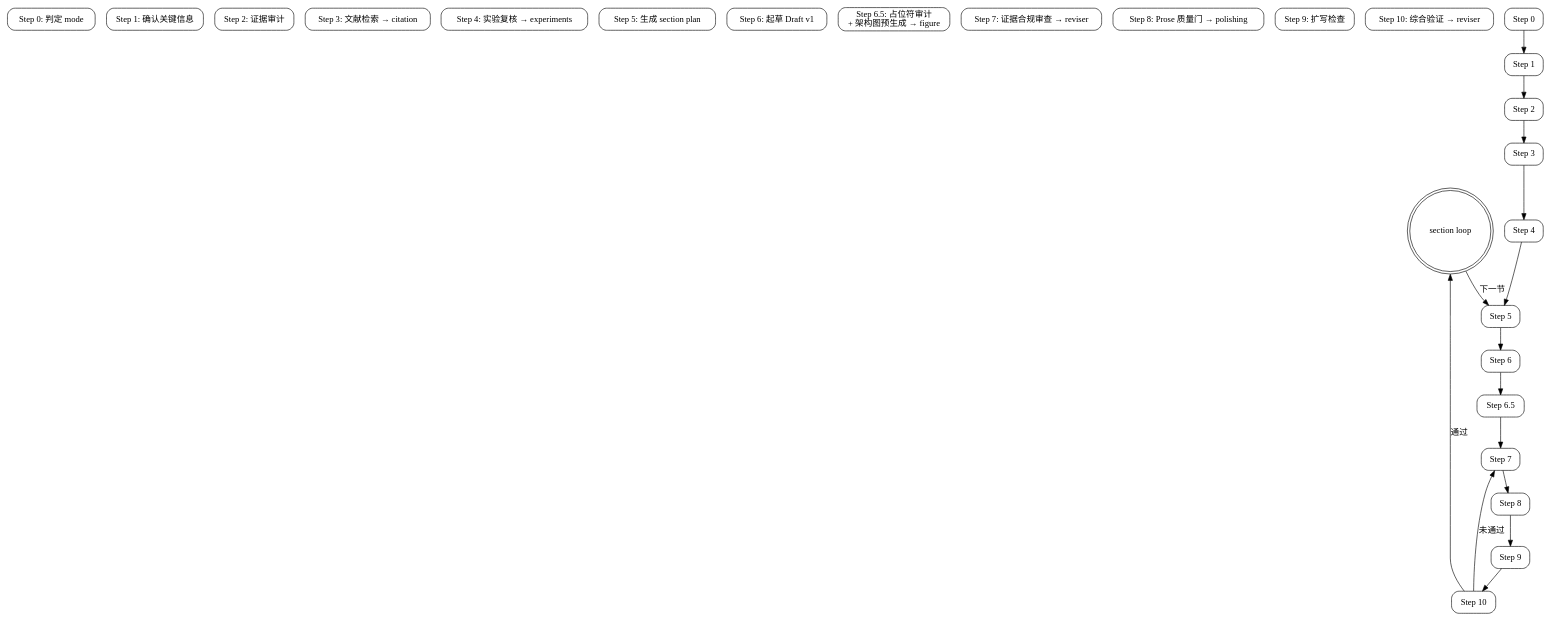
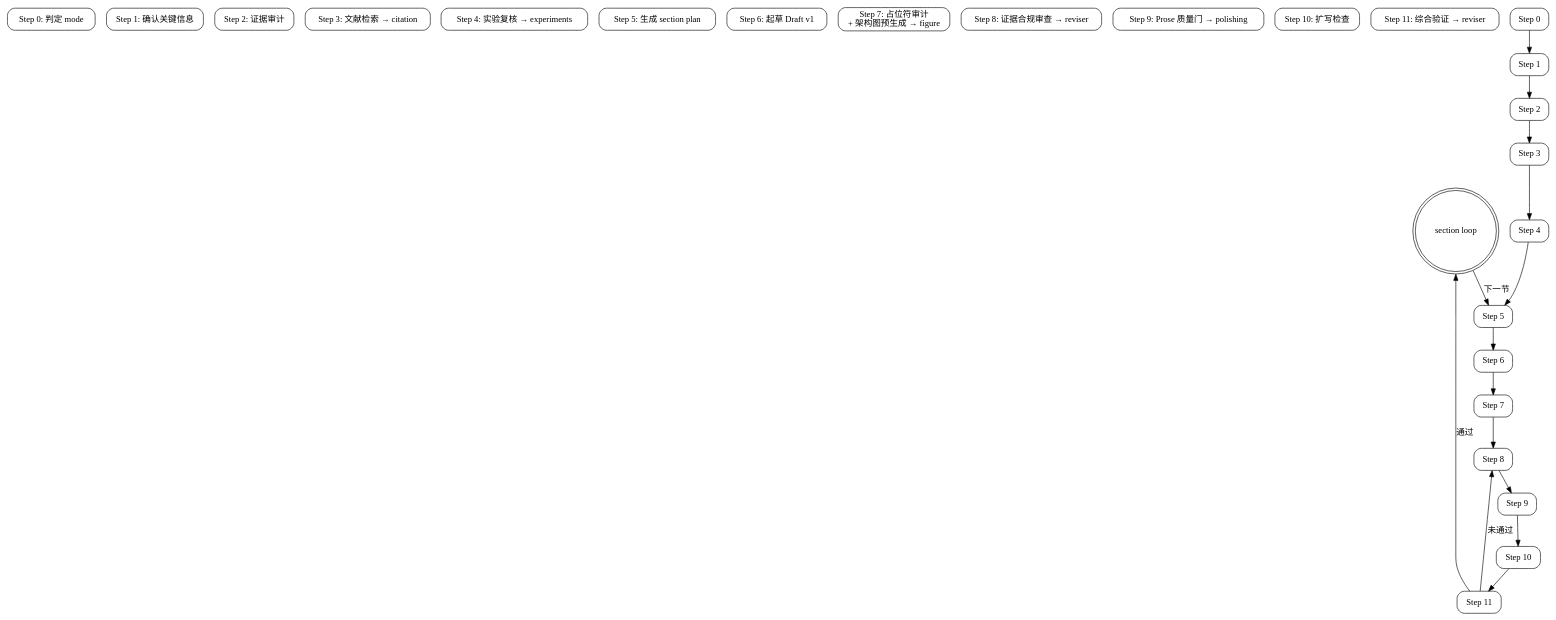
Before and after one commit to joshua-zyy/academic-paper-writer: the diagram in skills/academic-paper-writer/SKILL.md, drawn with Graphviz. The commit also changed other lines of this file and 17 other files, not shown here.

````diff
--- a/skills/academic-paper-writer/SKILL.md
+++ b/skills/academic-paper-writer/SKILL.md
@@ -47,35 +35,35 @@
 ```dot
 digraph academic_paper_writer {
     rankdir=TB;
     node [shape=box, style=rounded];
 
     "Step 0: 判定 mode" [fillcolor="#E8F0FE"];
     "Step 1: 确认关键信息" [fillcolor="#E8F0FE"];
     "Step 2: 证据审计" [fillcolor="#FFF3CD"];
     "Step 3: 文献检索 → citation" [fillcolor="#FFF3CD"];
     "Step 4: 实验复核 → experiments" [fillcolor="#FFF3CD"];
     "Step 5: 生成 section plan" [fillcolor="#E8F0FE"];
     "Step 6: 起草 Draft v1" [fillcolor="#D4EDDA"];
-    "Step 6.5: 占位符审计\n+ 架构图预生成 → figure" [fillcolor="#D4EDDA"];
-    "Step 7: 证据合规审查 → reviser" [fillcolor="#F8D7DA"];
-    "Step 8: Prose 质量门 → polishing" [fillcolor="#F8D7DA"];
-    "Step 9: 扩写检查" [fillcolor="#E8F0FE"];
-    "Step 10: 综合验证 → reviser" [fillcolor="#F8D7DA"];
+    "Step 7: 占位符审计\n+ 架构图预生成 → figure" [fillcolor="#D4EDDA"];
+    "Step 8: 证据合规审查 → reviser" [fillcolor="#F8D7DA"];
+    "Step 9: Prose 质量门 → polishing" [fillcolor="#F8D7DA"];
+    "Step 10: 扩写检查" [fillcolor="#E8F0FE"];
+    "Step 11: 综合验证 → reviser" [fillcolor="#F8D7DA"];
     "section loop" [shape=doublecircle, fillcolor="#CCE5FF"];
 
     "Step 0" -> "Step 1";
     "Step 1" -> "Step 2";
     "Step 2" -> "Step 3";
     "Step 3" -> "Step 4";
     "Step 4" -> "Step 5";
     "Step 5" -> "Step 6";
-    "Step 6" -> "Step 6.5";
-    "Step 6.5" -> "Step 7";
+    "Step 6" -> "Step 7";
     "Step 7" -> "Step 8";
     "Step 8" -> "Step 9";
     "Step 9" -> "Step 10";
-    "Step 10" -> "section loop" [label="通过"];
+    "Step 10" -> "Step 11";
+    "Step 11" -> "section loop" [label="通过"];
     "section loop" -> "Step 5" [label="下一节"];
-    "Step 10" -> "Step 7" [label="未通过"];
+    "Step 11" -> "Step 8" [label="未通过"];
 }
 ```
````
